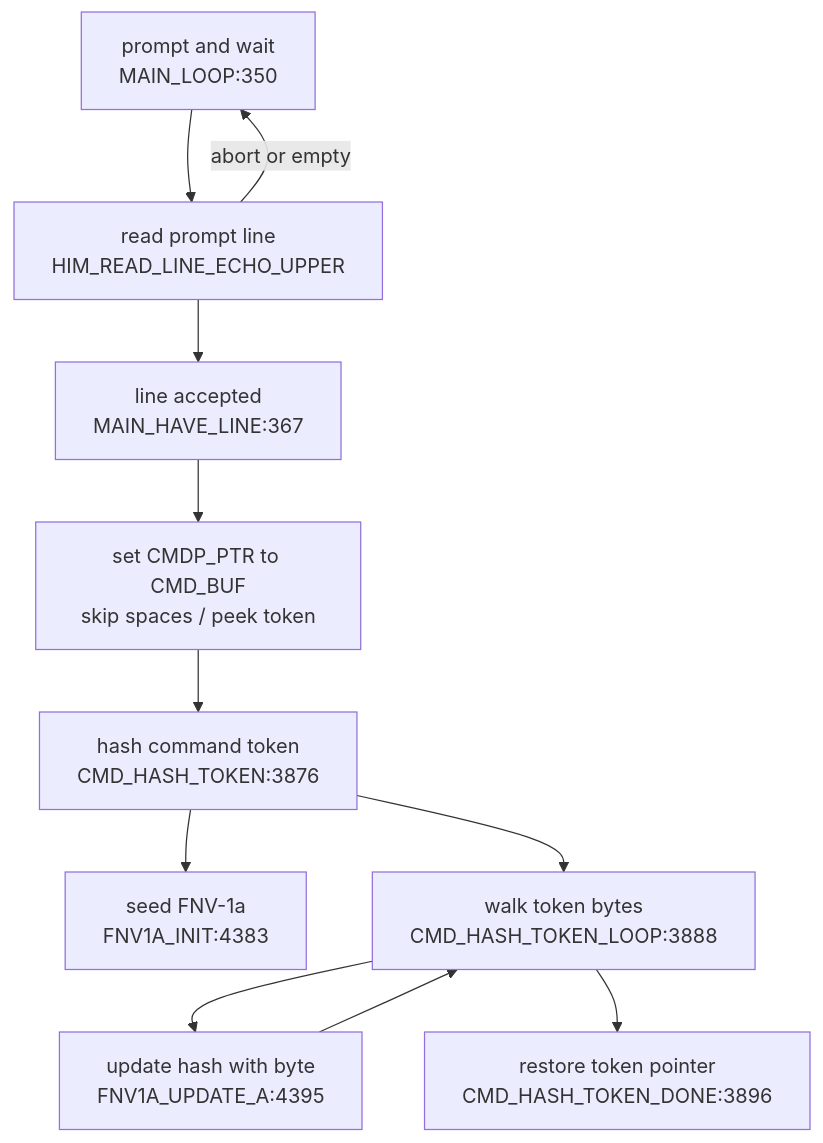
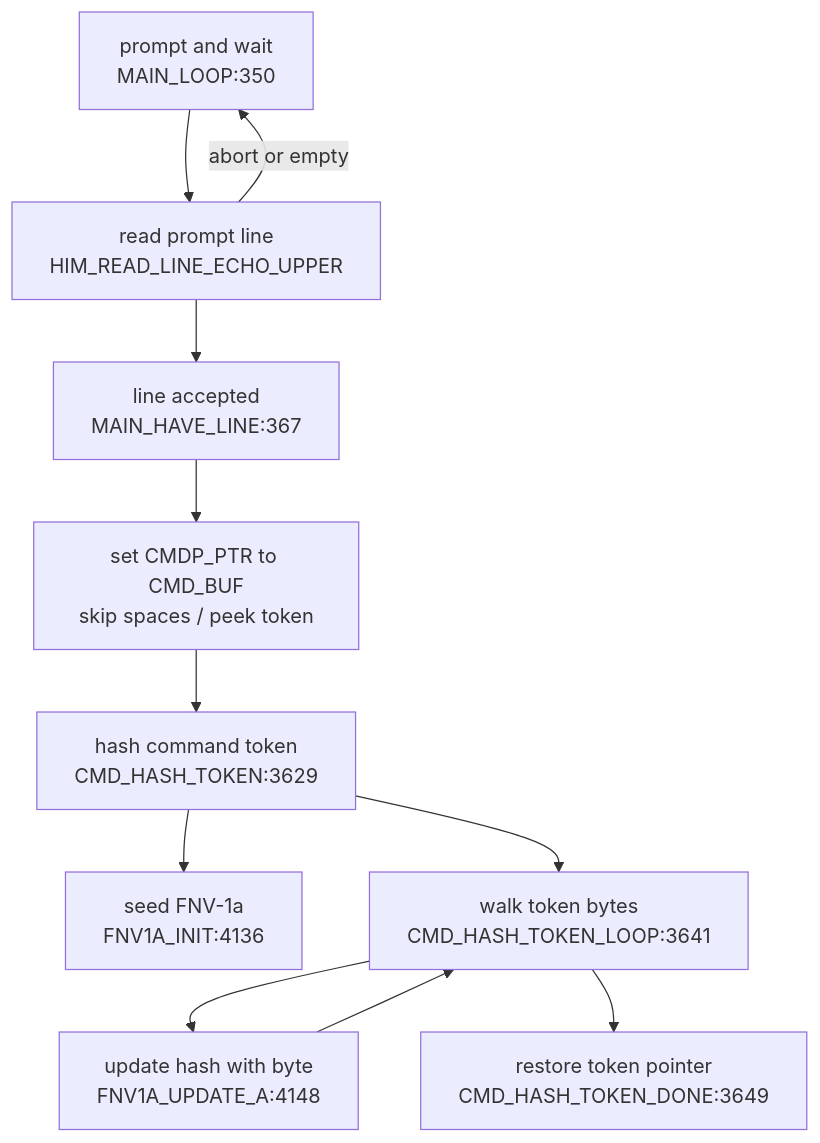
Before and after one commit to 95westus/R-YORS: the second of 4 diagrams in DOC/GENERATED/CMD_FLOW_MAP.md, drawn with Mermaid. The commit also changed other lines of this file and 65 other files, not shown here.

````diff
--- a/DOC/GENERATED/CMD_FLOW_MAP.md
+++ b/DOC/GENERATED/CMD_FLOW_MAP.md
@@ -24,13 +24,13 @@
 ```mermaid
 flowchart TD
     LOOP["prompt and wait<br/>MAIN_LOOP:350"] --> READ["read prompt line<br/>HIM_READ_LINE_ECHO_UPPER"]
     READ --> HAVE["line accepted<br/>MAIN_HAVE_LINE:367"]
     READ -->|abort or empty| LOOP
     HAVE --> PREP["set CMDP_PTR to CMD_BUF<br/>skip spaces / peek token"]
-    PREP --> HASH["hash command token<br/>CMD_HASH_TOKEN:3876"]
-    HASH --> FNVINIT["seed FNV-1a<br/>FNV1A_INIT:4383"]
-    HASH --> HASHLOOP["walk token bytes<br/>CMD_HASH_TOKEN_LOOP:3888"]
-    HASHLOOP --> UPDATE["update hash with byte<br/>FNV1A_UPDATE_A:4395"]
+    PREP --> HASH["hash command token<br/>CMD_HASH_TOKEN:3629"]
+    HASH --> FNVINIT["seed FNV-1a<br/>FNV1A_INIT:4136"]
+    HASH --> HASHLOOP["walk token bytes<br/>CMD_HASH_TOKEN_LOOP:3641"]
+    HASHLOOP --> UPDATE["update hash with byte<br/>FNV1A_UPDATE_A:4148"]
     UPDATE --> HASHLOOP
-    HASHLOOP --> DONE["restore token pointer<br/>CMD_HASH_TOKEN_DONE:3896"]
+    HASHLOOP --> DONE["restore token pointer<br/>CMD_HASH_TOKEN_DONE:3649"]
 ```
````
